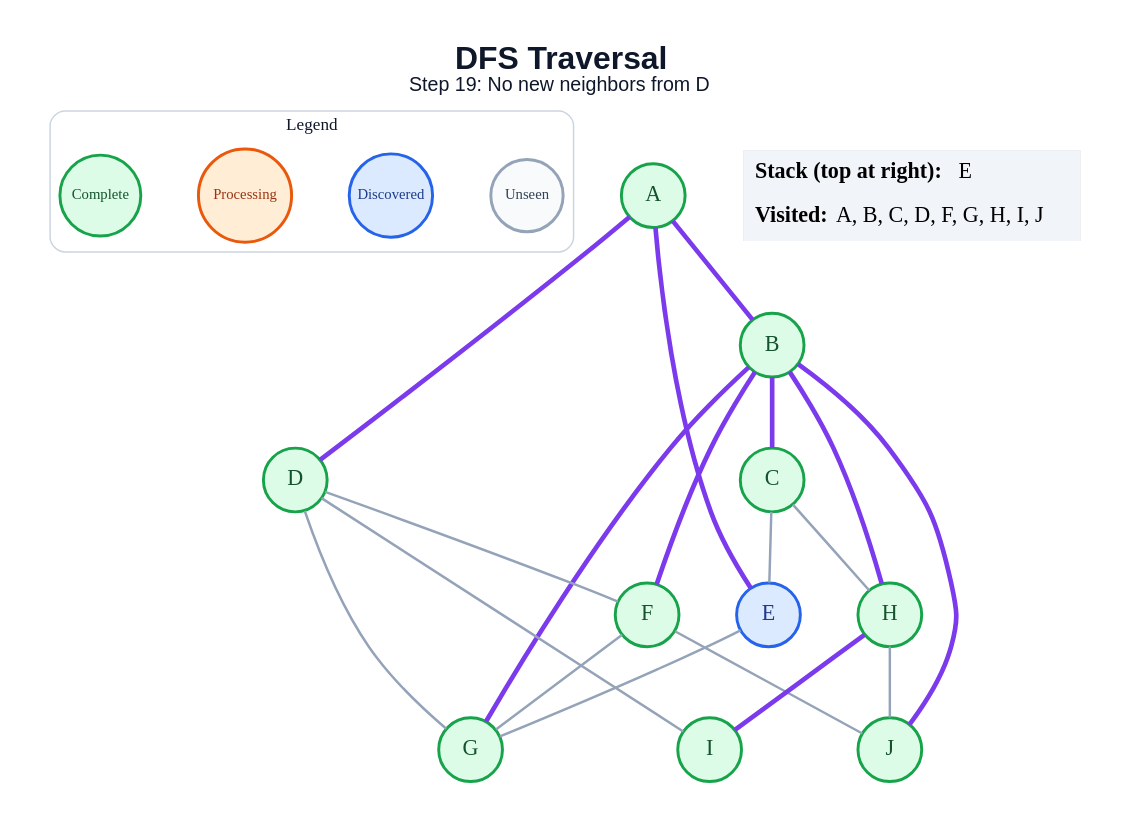
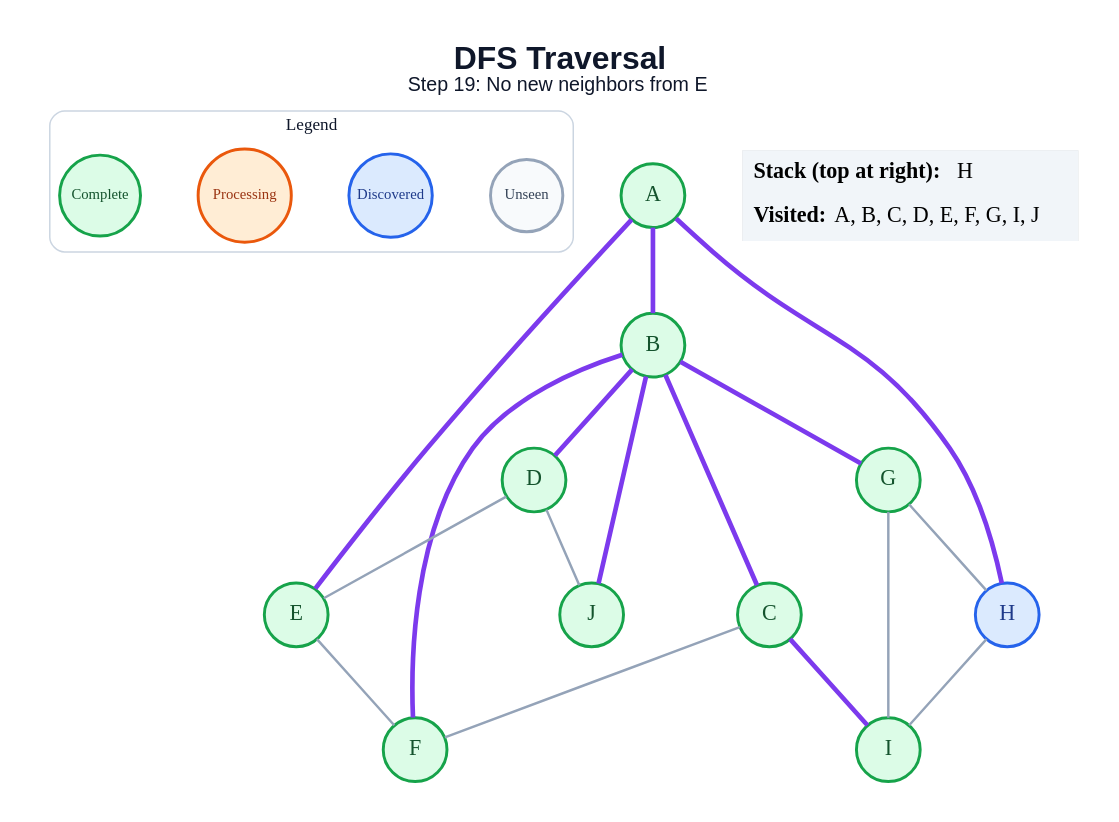
One commit to amanghodawala9/ai-slop changed the diagram in generated/dfs/step_19.dot. Above: the diagram before and after it, drawn with Graphviz. The commit also changed 178 other files, not shown here.

```diff
--- a/generated/dfs/step_19.dot
+++ b/generated/dfs/step_19.dot
@@ -1,47 +1,45 @@
 graph traversal {
   graph [layout=dot, rankdir=TB, bgcolor="#FFFFFF", pad="0.35", nodesep="0.65", ranksep="0.8", fontname="Arial"];
   node [shape=circle, style="filled", fontname="Arial Bold", fontsize=18, width=0.72, fixedsize=true, penwidth=2.4];
   edge [color="#94A3B8", penwidth=2.0];
-  label=<<B>DFS Traversal</B><BR/><FONT POINT-SIZE="16">Step 19: No new neighbors from D</FONT>>; labelloc="t"; fontsize=26; fontname="Arial"; fontcolor="#0F172A";
+  label=<<B>DFS Traversal</B><BR/><FONT POINT-SIZE="16">Step 19: No new neighbors from E</FONT>>; labelloc="t"; fontsize=26; fontname="Arial"; fontcolor="#0F172A";
   subgraph cluster_legend { label="Legend"; color="#CBD5E1"; penwidth=1.2; style="rounded"; fontsize=14; fontname="Arial Bold";
     key_unseen [label="Unseen", fillcolor="#F8FAFC", color="#94A3B8", fontcolor="#334155", fontsize=12, width=0.82];
     key_frontier [label="Discovered", fillcolor="#DBEAFE", color="#2563EB", fontcolor="#1E3A8A", fontsize=12, width=0.95];
     key_current [label="Processing", fillcolor="#FFEDD5", color="#EA580C", fontcolor="#9A3412", fontsize=12, width=1.05];
     key_done [label="Complete", fillcolor="#DCFCE7", color="#16A34A", fontcolor="#14532D", fontsize=12, width=0.92];
     { rank=same; key_unseen; key_frontier; key_current; key_done; }
   }
   A [fillcolor="#DCFCE7", color="#16A34A", fontcolor="#14532D"];
   B [fillcolor="#DCFCE7", color="#16A34A", fontcolor="#14532D"];
   C [fillcolor="#DCFCE7", color="#16A34A", fontcolor="#14532D"];
   D [fillcolor="#DCFCE7", color="#16A34A", fontcolor="#14532D"];
-  E [fillcolor="#DBEAFE", color="#2563EB", fontcolor="#1E3A8A"];
+  E [fillcolor="#DCFCE7", color="#16A34A", fontcolor="#14532D"];
   F [fillcolor="#DCFCE7", color="#16A34A", fontcolor="#14532D"];
   G [fillcolor="#DCFCE7", color="#16A34A", fontcolor="#14532D"];
-  H [fillcolor="#DCFCE7", color="#16A34A", fontcolor="#14532D"];
+  H [fillcolor="#DBEAFE", color="#2563EB", fontcolor="#1E3A8A"];
   I [fillcolor="#DCFCE7", color="#16A34A", fontcolor="#14532D"];
   J [fillcolor="#DCFCE7", color="#16A34A", fontcolor="#14532D"];
   A -- B [color="#7C3AED", penwidth=3.8];
-  A -- D [color="#7C3AED", penwidth=3.8];
   A -- E [color="#7C3AED", penwidth=3.8];
+  A -- H [color="#7C3AED", penwidth=3.8];
   B -- C [color="#7C3AED", penwidth=3.8];
+  B -- D [color="#7C3AED", penwidth=3.8];
   B -- F [color="#7C3AED", penwidth=3.8];
   B -- G [color="#7C3AED", penwidth=3.8];
-  B -- H [color="#7C3AED", penwidth=3.8];
   B -- J [color="#7C3AED", penwidth=3.8];
-  C -- E;
-  C -- H;
-  D -- F;
-  D -- G;
-  D -- I;
-  E -- G;
-  F -- G;
-  F -- J;
-  H -- I [color="#7C3AED", penwidth=3.8];
-  H -- J;
+  C -- F;
+  C -- I [color="#7C3AED", penwidth=3.8];
+  D -- E;
+  D -- J;
+  E -- F;
+  G -- H;
+  G -- I;
+  H -- I;
   status [shape=plain, fixedsize=false, width=0, height=0, margin=0, label=<
     <TABLE BORDER="0" CELLBORDER="0" CELLPADDING="7" BGCOLOR="#F1F5F9">
-      <TR><TD ALIGN="LEFT"><B>Stack (top at right):</B> E</TD></TR>
-      <TR><TD ALIGN="LEFT"><B>Visited:</B> A, B, C, D, F, G, H, I, J</TD></TR>
+      <TR><TD ALIGN="LEFT"><B>Stack (top at right):</B> H</TD></TR>
+      <TR><TD ALIGN="LEFT"><B>Visited:</B> A, B, C, D, E, F, G, I, J</TD></TR>
     </TABLE>
   >];
 }
```
